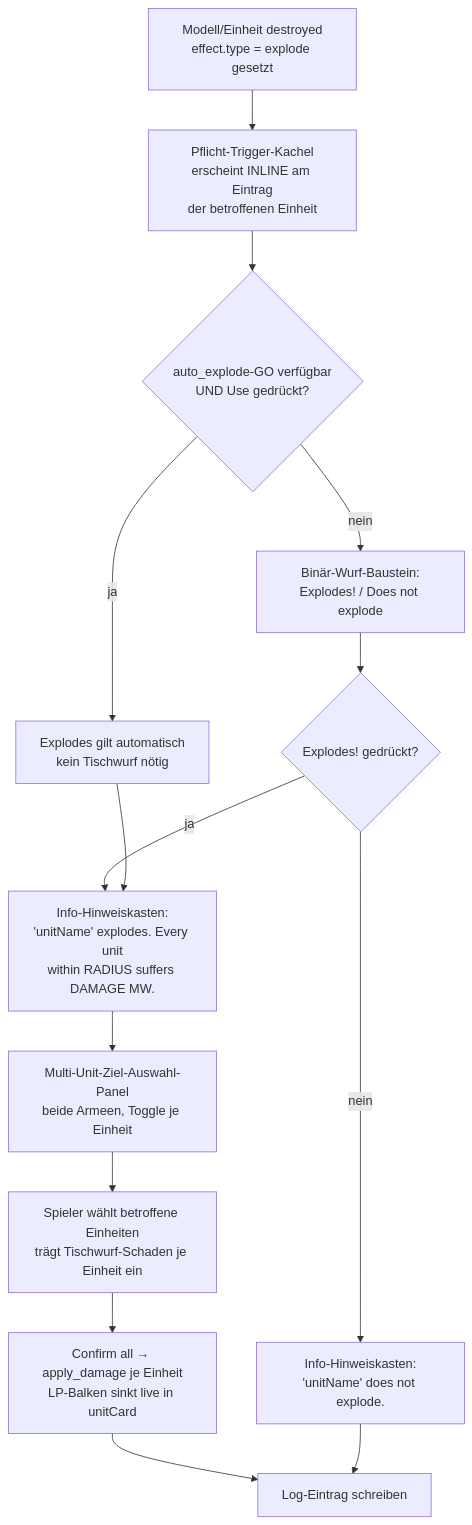
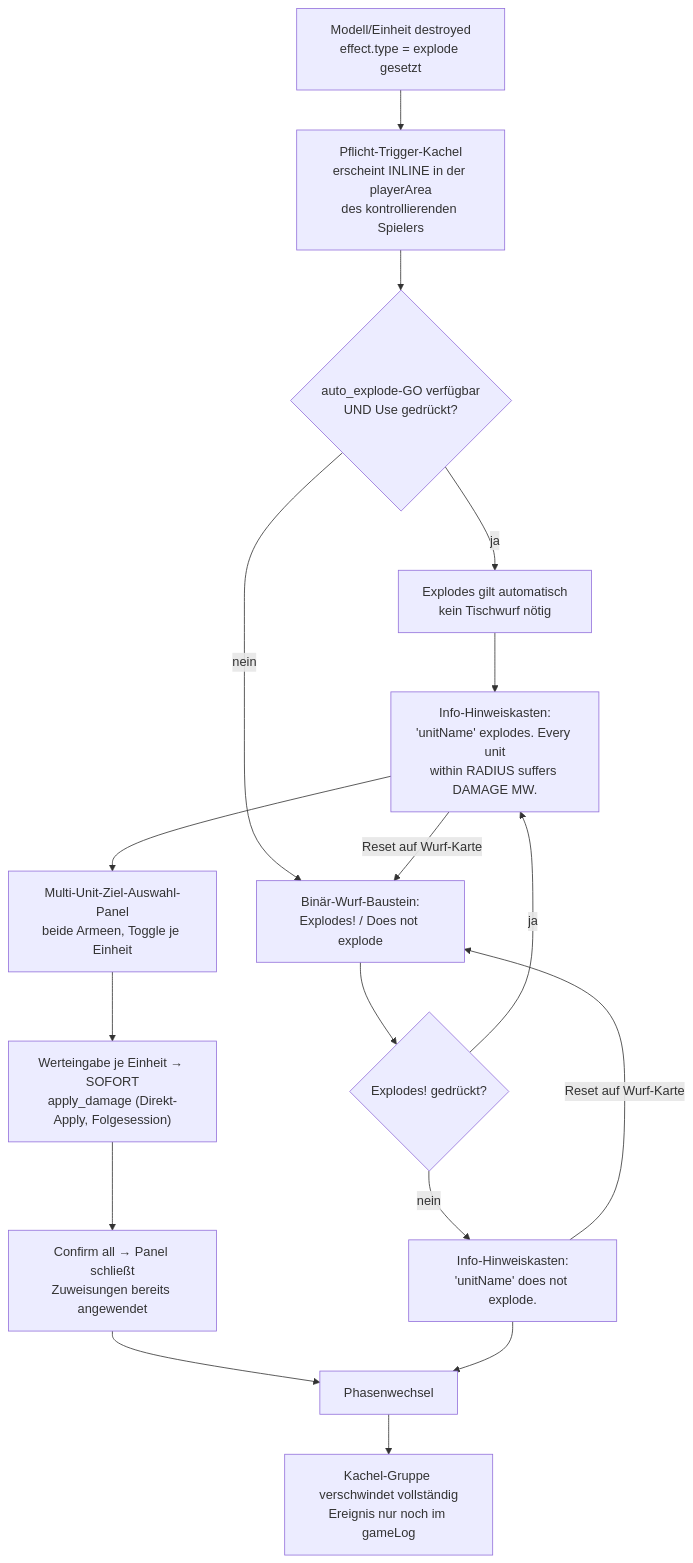
Diagram 16 of 16 in docs/spec/processes.md (WolfgangKoe/Arbiter), drawn with Mermaid before and after one commit. The commit also changed other lines of this file and 28 other files, not shown here.

First line of the commit message:
Close S170: explode tile rework (playerArea split, phase lifecycle, resets), spec-first approvals, P-16 diagram migration

````diff
--- a/docs/spec/processes.md
+++ b/docs/spec/processes.md
@@ -743,16 +743,19 @@
 ```mermaid
 flowchart TD
-    A[Modell/Einheit destroyed\neffect.type = explode gesetzt] --> B[Pflicht-Trigger-Kachel\nerscheint INLINE am Eintrag\nder betroffenen Einheit]
+    A[Modell/Einheit destroyed\neffect.type = explode gesetzt] --> B[Pflicht-Trigger-Kachel\nerscheint INLINE in der playerArea\ndes kontrollierenden Spielers]
     B --> C{auto_explode-GO verfügbar\nUND Use gedrückt?}
     C -- ja --> D[Explodes gilt automatisch\nkein Tischwurf nötig]
     C -- nein --> E[Binär-Wurf-Baustein:\nExplodes! / Does not explode]
     E --> F{Explodes! gedrückt?}
     F -- nein --> G[Info-Hinweiskasten:\n'unitName' does not explode.]
     F -- ja --> H[Info-Hinweiskasten:\n'unitName' explodes. Every unit\nwithin RADIUS suffers DAMAGE MW.]
+    G -- Reset auf Wurf-Karte --> E
+    H -- Reset auf Wurf-Karte --> E
     D --> H
     H --> I[Multi-Unit-Ziel-Auswahl-Panel\nbeide Armeen, Toggle je Einheit]
-    I --> J[Spieler wählt betroffene Einheiten\nträgt Tischwurf-Schaden je Einheit ein]
-    J --> K[Confirm all → apply_damage je Einheit\nLP-Balken sinkt live in unitCard]
-    K --> L[Log-Eintrag schreiben]
-    G --> L
+    I --> J["Werteingabe je Einheit → SOFORT\napply_damage (Direkt-Apply, Folgesession)"]
+    J --> K[Confirm all → Panel schließt\nZuweisungen bereits angewendet]
+    K --> P[Phasenwechsel]
+    G --> P
+    P --> L[Kachel-Gruppe verschwindet vollständig\nEreignis nur noch im gameLog]
 ```
````
